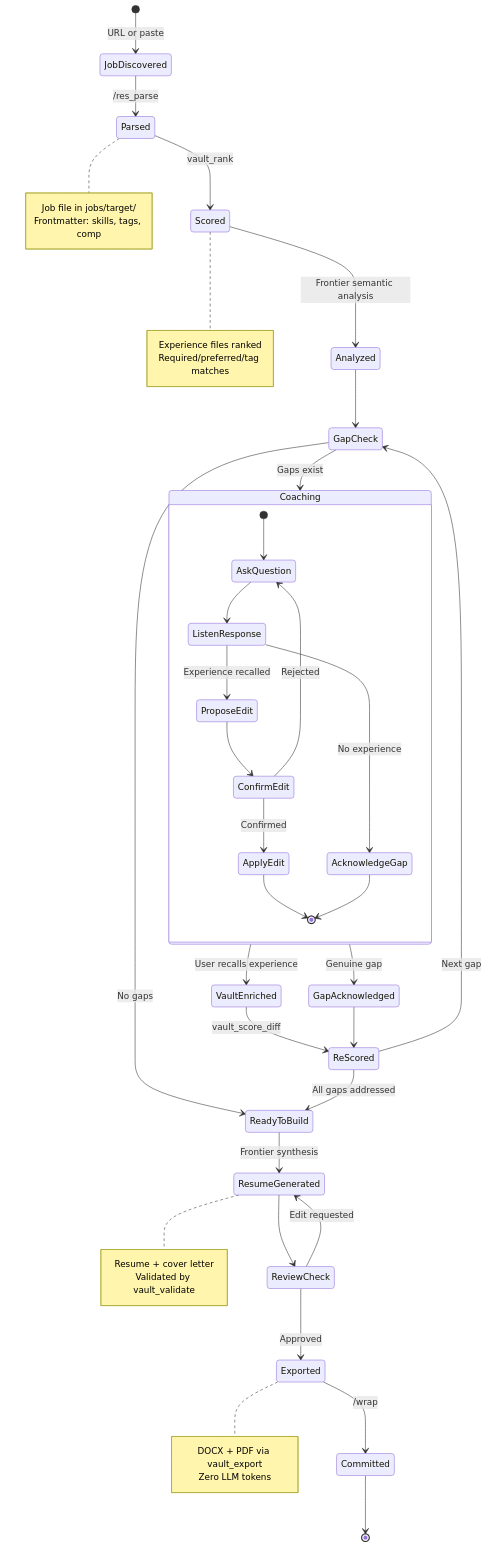
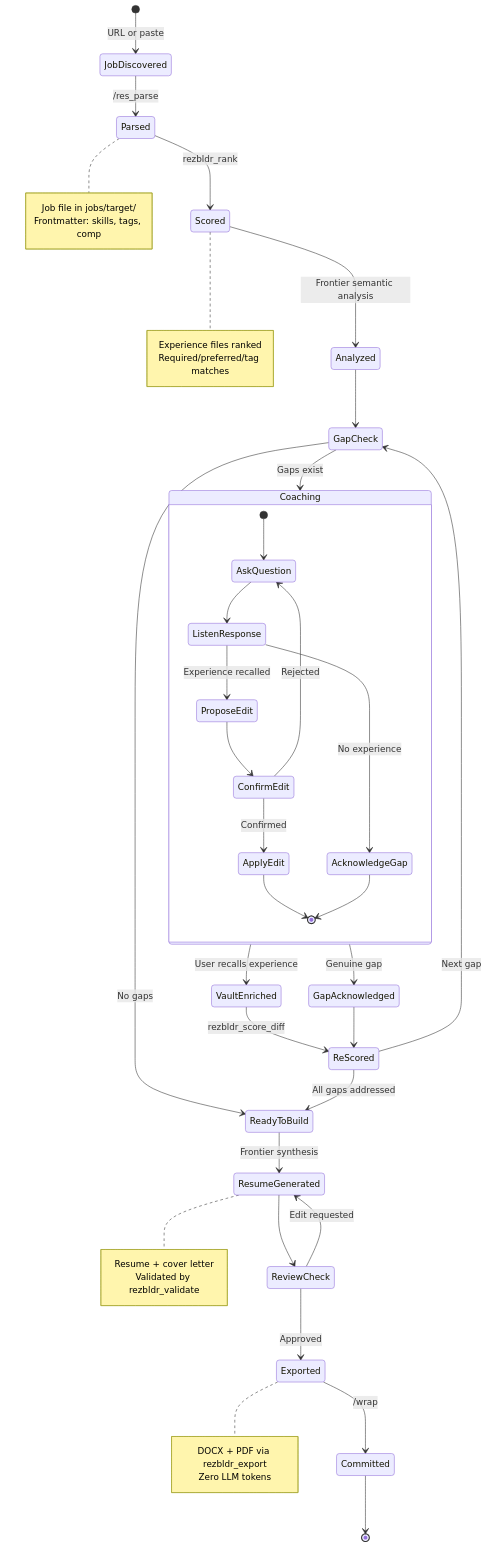
One commit to suykerbuyk/rezbldr changed the third of 4 diagrams in doc/workflow-optimization.md. Above: the diagram before and after it, drawn with Mermaid. The commit also changed other lines of this file and 11 other files, not shown here.

````diff
--- a/doc/workflow-optimization.md
+++ b/doc/workflow-optimization.md
@@ -479,63 +479,63 @@
 ```mermaid
 stateDiagram-v2
     [*] --> JobDiscovered: URL or paste
 
     JobDiscovered --> Parsed: /res_parse
     note right of Parsed
         Job file in jobs/target/
         Frontmatter: skills, tags, comp
     end note
 
-    Parsed --> Scored: vault_rank
+    Parsed --> Scored: rezbldr_rank
     note right of Scored
         Experience files ranked
         Required/preferred/tag matches
     end note
 
     Scored --> Analyzed: Frontier semantic analysis
     Analyzed --> GapCheck
 
     state GapCheck <<choice>>
     GapCheck --> Coaching: Gaps exist
     GapCheck --> ReadyToBuild: No gaps
 
     Coaching --> VaultEnriched: User recalls experience
     Coaching --> GapAcknowledged: Genuine gap
-    VaultEnriched --> ReScored: vault_score_diff
+    VaultEnriched --> ReScored: rezbldr_score_diff
     GapAcknowledged --> ReScored
     ReScored --> GapCheck: Next gap
 
     ReScored --> ReadyToBuild: All gaps addressed
 
     ReadyToBuild --> ResumeGenerated: Frontier synthesis
     note right of ResumeGenerated
         Resume + cover letter
-        Validated by vault_validate
+        Validated by rezbldr_validate
     end note
 
     ResumeGenerated --> ReviewCheck
 
     state ReviewCheck <<choice>>
     ReviewCheck --> Exported: Approved
     ReviewCheck --> ResumeGenerated: Edit requested
 
     Exported --> Committed: /wrap
     note right of Exported
-        DOCX + PDF via vault_export
+        DOCX + PDF via rezbldr_export
         Zero LLM tokens
     end note
 
     Committed --> [*]
 
     state Coaching {
         [*] --> AskQuestion
         AskQuestion --> ListenResponse
         ListenResponse --> ProposeEdit: Experience recalled
         ListenResponse --> AcknowledgeGap: No experience
         ProposeEdit --> ConfirmEdit
         ConfirmEdit --> ApplyEdit: Confirmed
         ConfirmEdit --> AskQuestion: Rejected
         ApplyEdit --> [*]
         AcknowledgeGap --> [*]
     }
 ```
````
